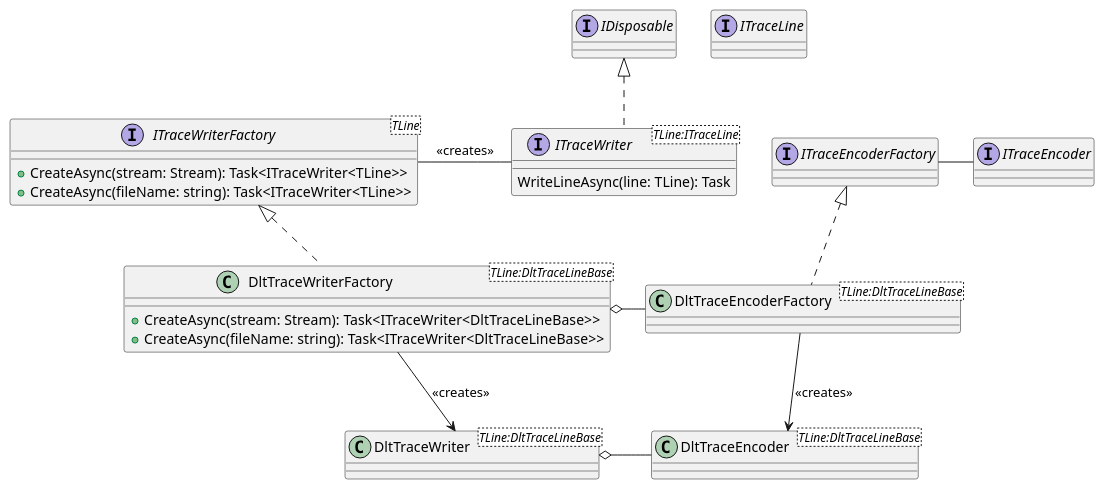
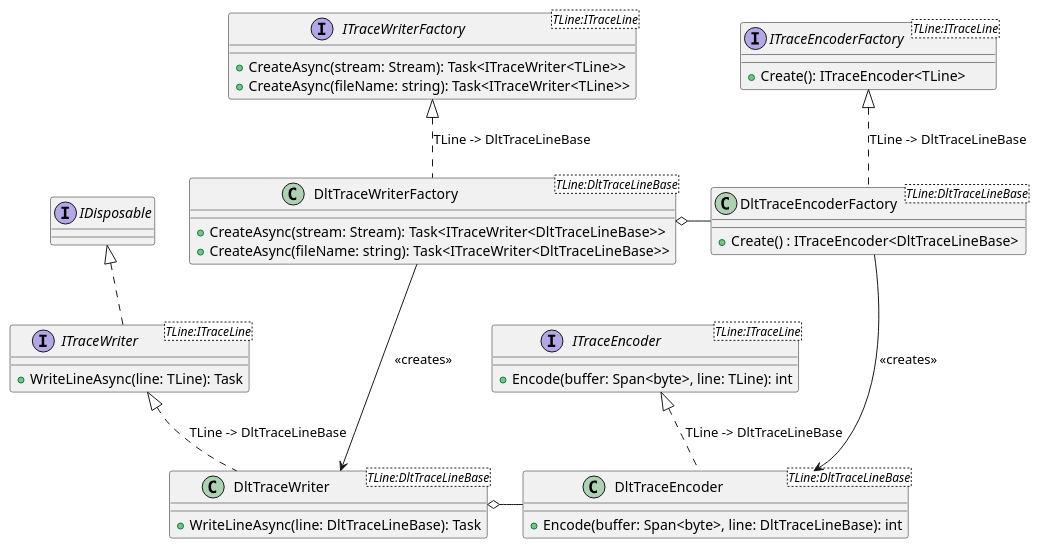
The diagram in TraceReader.Dlt/docs/diagrams/DLT.Writer.plantuml (jcurl/RJCP.DLL.Log), drawn with PlantUML before and after one commit. The commit also changed 27 other files, not shown here.

First line of the commit message:
DLT Writer: Implement Encoder Factories

```diff
--- a/TraceReader.Dlt/docs/diagrams/DLT.Writer.plantuml
+++ b/TraceReader.Dlt/docs/diagrams/DLT.Writer.plantuml
@@ -1,42 +1,46 @@
 @startuml DLT.Writer
 interface IDisposable
 
-interface ITraceLine
-
 interface ITraceWriter<TLine:ITraceLine> {
-    WriteLineAsync(line: TLine): Task
+    +WriteLineAsync(line: TLine): Task
 }
-
 IDisposable <|.d. ITraceWriter
 
-interface ITraceWriterFactory<TLine> {
+interface ITraceWriterFactory<TLine:ITraceLine> {
     +CreateAsync(stream: Stream): Task<ITraceWriter<TLine>>
     +CreateAsync(fileName: string): Task<ITraceWriter<TLine>>
 }
 
-ITraceWriterFactory -r- ITraceWriter : <<creates>>
+interface ITraceEncoderFactory<TLine:ITraceLine> {
+    +Create(): ITraceEncoder<TLine>
+}
 
-interface ITraceEncoder
-interface ITraceEncoderFactory
+interface ITraceEncoder<TLine:ITraceLine> {
+    +Encode(buffer: Span<byte>, line: TLine): int
+}
 
-ITraceEncoderFactory -r- ITraceEncoder
 class DltTraceWriterFactory<TLine:DltTraceLineBase> {
     +CreateAsync(stream: Stream): Task<ITraceWriter<DltTraceLineBase>>
     +CreateAsync(fileName: string): Task<ITraceWriter<DltTraceLineBase>>
 }
+ITraceWriterFactory <|.d. DltTraceWriterFactory : TLine -> DltTraceLineBase
+DltTraceWriterFactory -d--> DltTraceWriter : <<creates>>
 
-ITraceWriterFactory <|.d. DltTraceWriterFactory
-class DltTraceEncoderFactory<TLine:DltTraceLineBase>
+class DltTraceEncoderFactory<TLine:DltTraceLineBase> {
+    +Create() : ITraceEncoder<DltTraceLineBase>
+}
+ITraceEncoderFactory <|.d. DltTraceEncoderFactory : TLine -> DltTraceLineBase
+DltTraceWriterFactory o-r- DltTraceEncoderFactory
+DltTraceEncoderFactory -d--> DltTraceEncoder : <<creates>>
 
-ITraceEncoderFactory <|.d. DltTraceEncoderFactory
-DltTraceWriterFactory o-r- DltTraceEncoderFactory
+class DltTraceWriter<TLine:DltTraceLineBase> {
+    +WriteLineAsync(line: DltTraceLineBase): Task
+}
+ITraceWriter <|.d. DltTraceWriter : TLine -> DltTraceLineBase
 
-class DltTraceWriter<TLine:DltTraceLineBase>
-class DltTraceEncoder<TLine:DltTraceLineBase>
-
+class DltTraceEncoder<TLine:DltTraceLineBase> {
+    +Encode(buffer: Span<byte>, line: DltTraceLineBase): int
+}
+ITraceEncoder <|.d. DltTraceEncoder : TLine -> DltTraceLineBase
 DltTraceWriter o-r- DltTraceEncoder
-'DltTraceWriter .u.|> ITraceWriter
-
-DltTraceWriterFactory -d-> DltTraceWriter : <<creates>>
-DltTraceEncoderFactory -d-> DltTraceEncoder : <<creates>>
 @enduml
```
